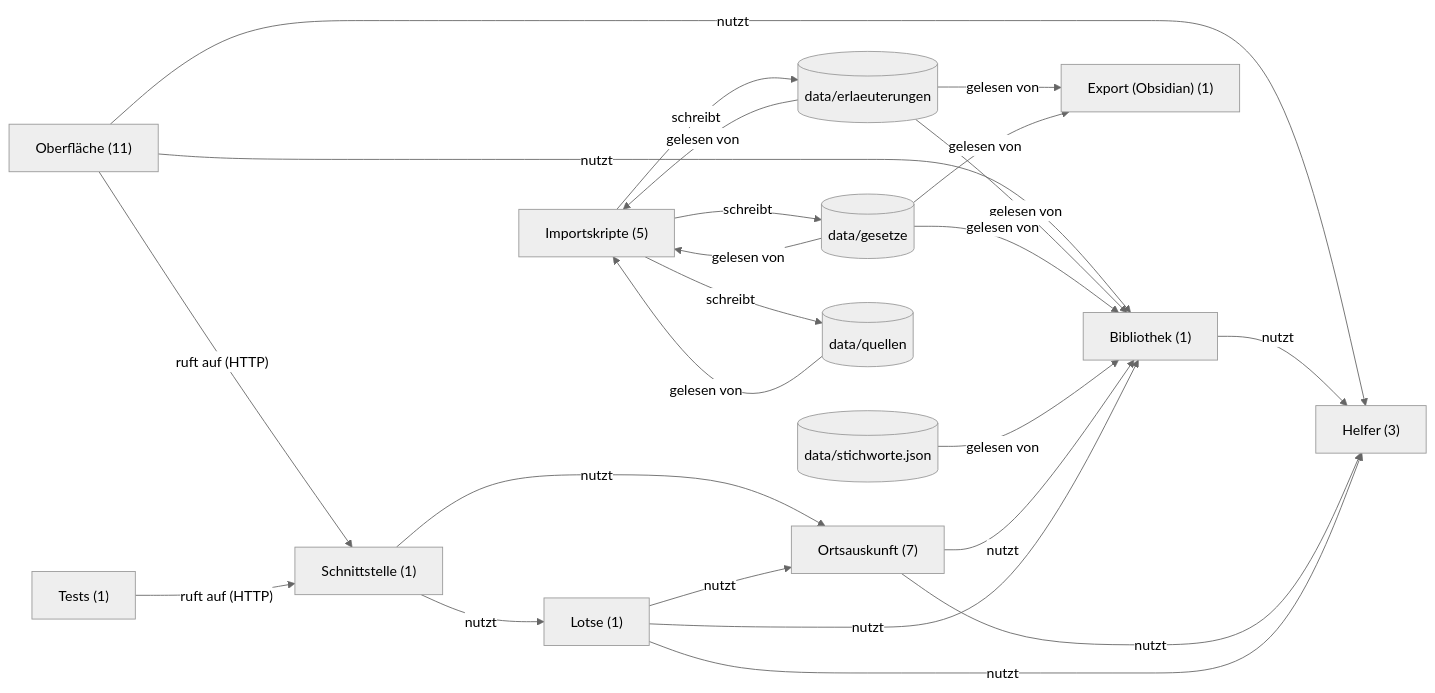
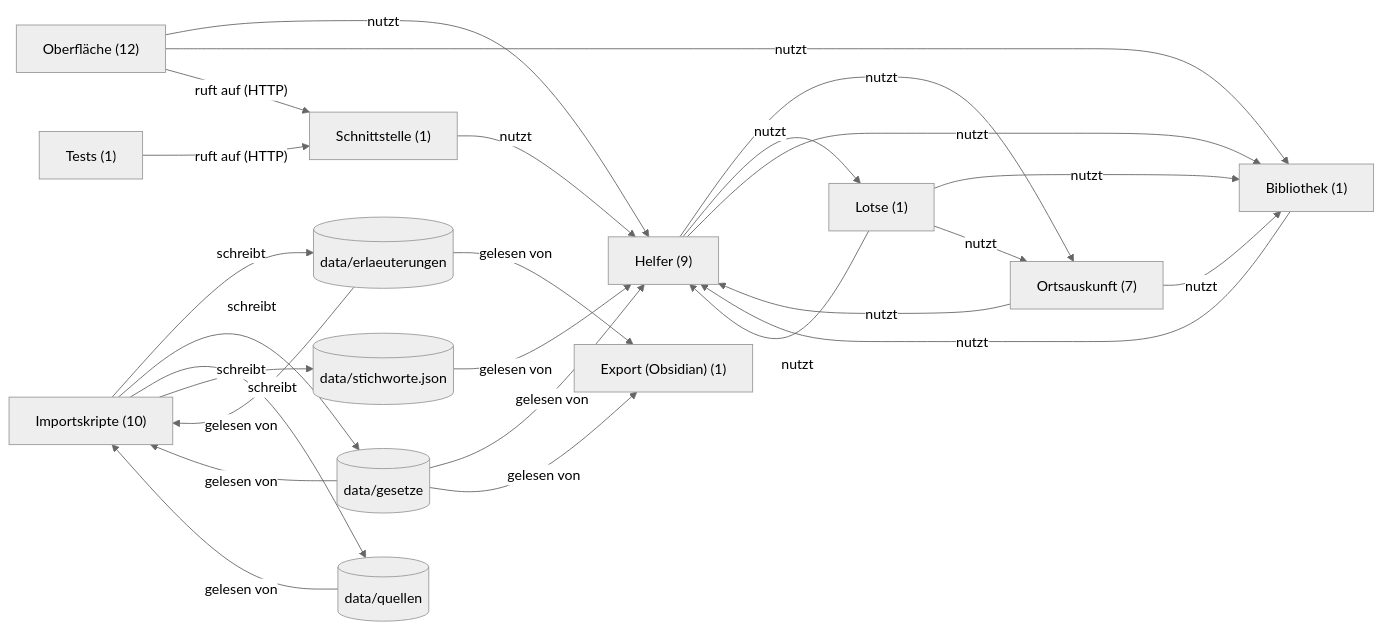
Before and after one commit to Jade-HS-Vibecoding-WPK/Bau-Normen: the first of 2 diagrams in obsidian/Projekt/Architektur.md, drawn with Mermaid (neutral theme). The commit also changed other lines of this file and 444 other files, not shown here.

````diff
--- a/obsidian/Projekt/Architektur.md
+++ b/obsidian/Projekt/Architektur.md
@@ -45,39 +45,41 @@
 ```mermaid
 flowchart LR
-  B0["Importskripte (5)"]
+  B0["Importskripte (10)"]
   B1["Bibliothek (1)"]
   B2["Lotse (1)"]
   B3["Ortsauskunft (7)"]
   B4["Schnittstelle (1)"]
-  B5["Oberfläche (11)"]
-  B6["Helfer (3)"]
+  B5["Oberfläche (12)"]
+  B6["Helfer (9)"]
   B7["Tests (1)"]
   B8["Export (Obsidian) (1)"]
-  D0[("data/erlaeuterungen")]
+  D0[("data/stichworte.json")]
   D1[("data/gesetze")]
-  D2[("data/stichworte.json")]
+  D2[("data/erlaeuterungen")]
   D3[("data/quellen")]
-  B4 -->|"nutzt"| B3
-  B4 -->|"nutzt"| B2
+  B4 -->|"nutzt"| B6
+  B5 -->|"nutzt"| B6
   B5 -->|"nutzt"| B1
-  B5 -->|"nutzt"| B6
   B5 -->|"ruft auf (HTTP)"| B4
+  B6 -->|"nutzt"| B3
+  B6 -->|"nutzt"| B2
+  B6 -->|"nutzt"| B1
+  D0 -->|"gelesen von"| B6
+  D1 -->|"gelesen von"| B6
   B1 -->|"nutzt"| B6
-  D0 -->|"gelesen von"| B1
-  D1 -->|"gelesen von"| B1
-  D2 -->|"gelesen von"| B1
+  B3 -->|"nutzt"| B6
   B3 -->|"nutzt"| B1
-  B3 -->|"nutzt"| B6
   B2 -->|"nutzt"| B1
   B2 -->|"nutzt"| B3
   B2 -->|"nutzt"| B6
-  D0 -->|"gelesen von"| B0
-  B0 -->|"schreibt"| D0
+  D2 -->|"gelesen von"| B0
+  B0 -->|"schreibt"| D2
   D1 -->|"gelesen von"| B0
-  D0 -->|"gelesen von"| B8
+  D2 -->|"gelesen von"| B8
   D1 -->|"gelesen von"| B8
   B0 -->|"schreibt"| D1
   B0 -->|"schreibt"| D3
   D3 -->|"gelesen von"| B0
+  B0 -->|"schreibt"| D0
   B7 -->|"ruft auf (HTTP)"| B4
 ```
````
